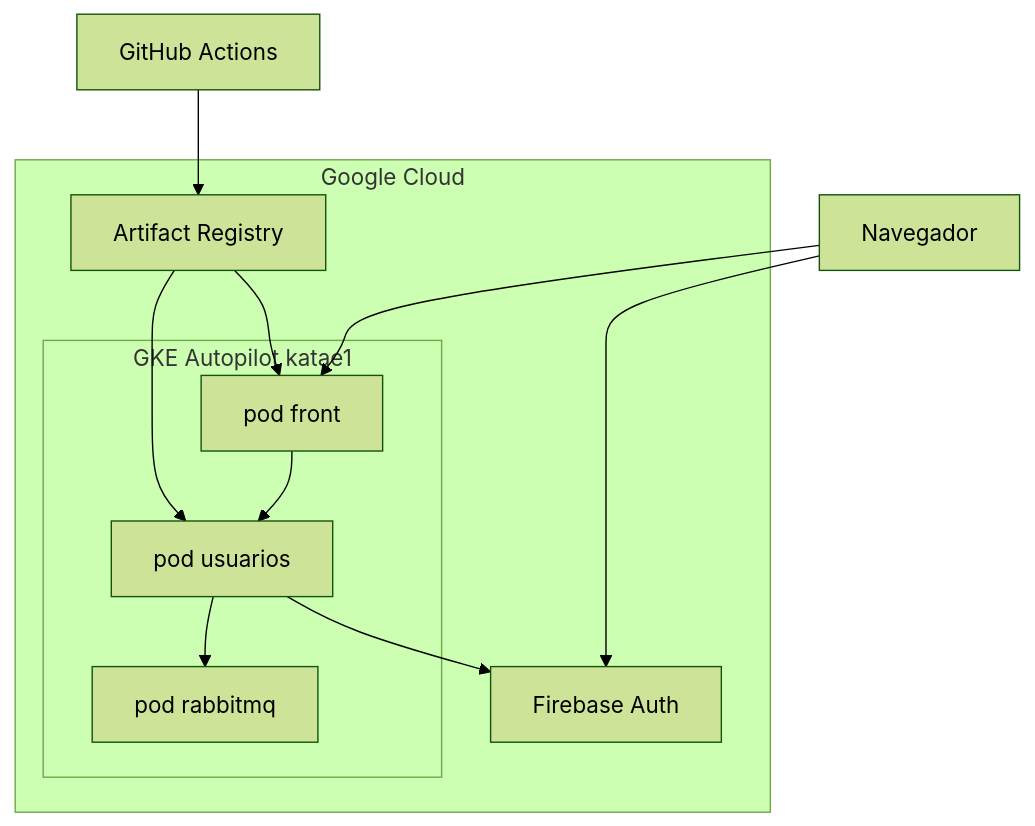
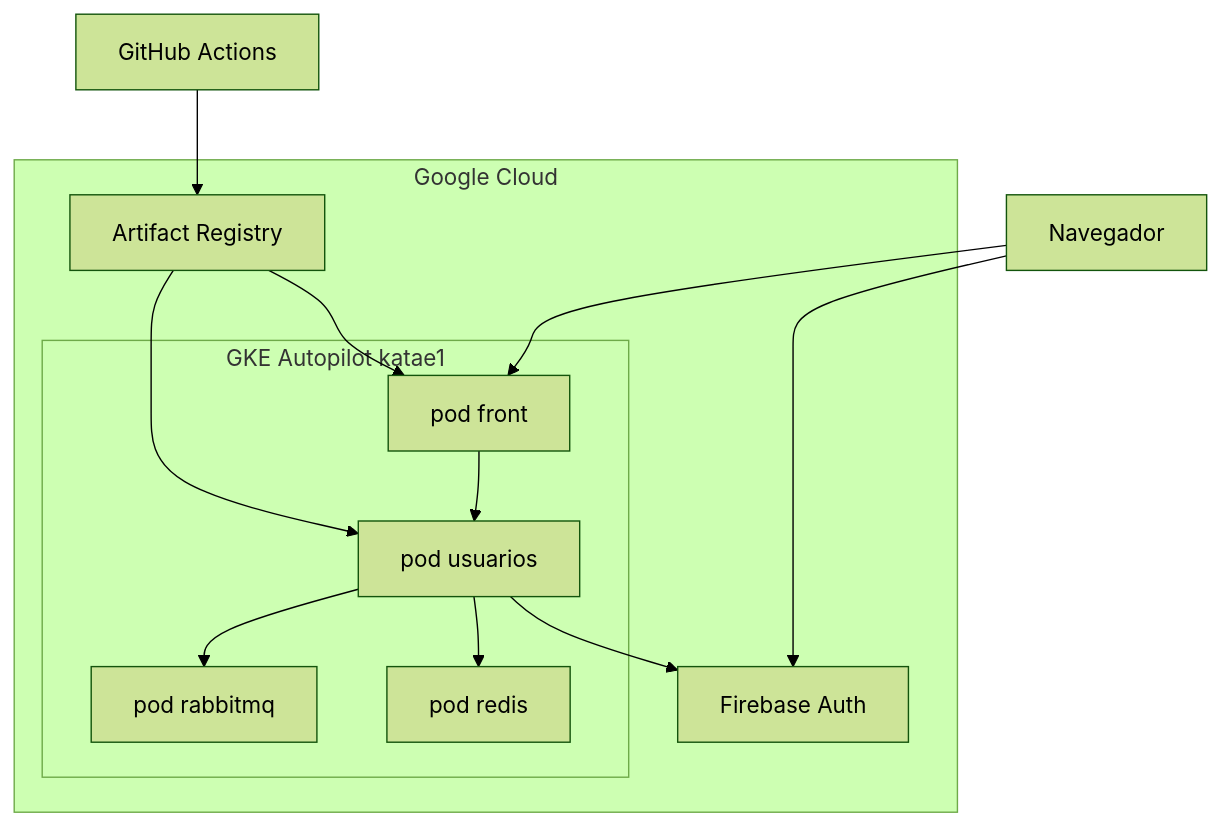
Before and after one commit to pipeelyo/KataE1infra: the diagram in INFRA.md, drawn with Mermaid (forest theme). The commit also changed other lines of this file and 2 other files, not shown here.

Commit message:
Run Redis in the cluster for the usuarios cache pool.

````diff
--- a/INFRA.md
+++ b/INFRA.md
@@ -7,22 +7,24 @@
 ```mermaid
 flowchart TB
   Browser[Navegador]
   subgraph gcp [Google Cloud]
     subgraph gke [GKE Autopilot katae1]
       Front[pod front]
       Api[pod usuarios]
       Mq[pod rabbitmq]
+      Rd[pod redis]
     end
     AR[Artifact Registry]
     Fb[Firebase Auth]
   end
   GH[GitHub Actions]
   Browser --> Front
   Front --> Api
   Browser --> Fb
   Api --> Fb
   Api --> Mq
+  Api --> Rd
   GH --> AR
   AR --> Front
   AR --> Api
 ```
````
